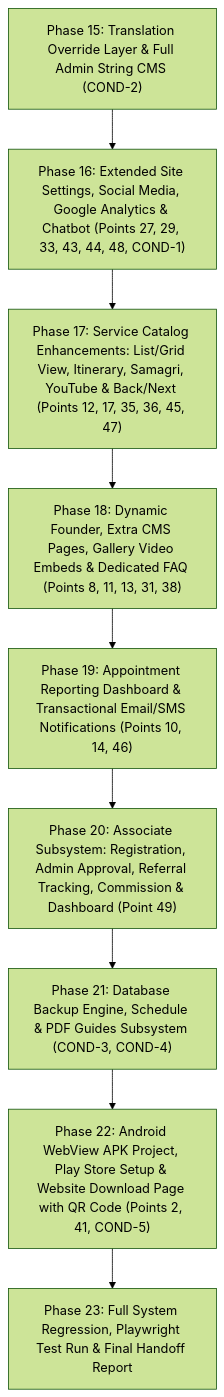
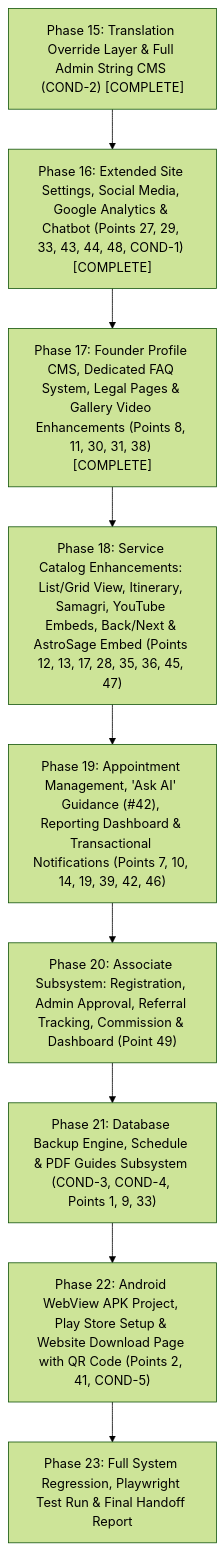
The diagram in GAP_MATRIX.md (anshumali19/Kundliw), drawn with Mermaid (forest theme) before and after one commit. The commit also changed other lines of this file and 9 other files, not shown here.

Commit message:
fix(audit): reconcile test counts to 393, de-invent founder seed data, fix GAP matrix numbers, add chatbot privacy policy and lead filters

````diff
--- a/GAP_MATRIX.md
+++ b/GAP_MATRIX.md
@@ -99,14 +99,14 @@
 ```mermaid
 flowchart TD
-    P15["Phase 15: Translation Override Layer & Full Admin String CMS (COND-2)"]
-    P16["Phase 16: Extended Site Settings, Social Media, Google Analytics & Chatbot (Points 27, 29, 33, 43, 44, 48, COND-1)"]
-    P17["Phase 17: Service Catalog Enhancements: List/Grid View, Itinerary, Samagri, YouTube & Back/Next (Points 12, 17, 35, 36, 45, 47)"]
-    P18["Phase 18: Dynamic Founder, Extra CMS Pages, Gallery Video Embeds & Dedicated FAQ (Points 8, 11, 13, 31, 38)"]
-    P19["Phase 19: Appointment Reporting Dashboard & Transactional Email/SMS Notifications (Points 10, 14, 46)"]
+    P15["Phase 15: Translation Override Layer & Full Admin String CMS (COND-2) [COMPLETE]"]
+    P16["Phase 16: Extended Site Settings, Social Media, Google Analytics & Chatbot (Points 27, 29, 33, 43, 44, 48, COND-1) [COMPLETE]"]
+    P17["Phase 17: Founder Profile CMS, Dedicated FAQ System, Legal Pages & Gallery Video Enhancements (Points 8, 11, 30, 31, 38) [COMPLETE]"]
+    P18["Phase 18: Service Catalog Enhancements: List/Grid View, Itinerary, Samagri, YouTube Embeds, Back/Next & AstroSage Embed (Points 12, 13, 17, 28, 35, 36, 45, 47)"]
+    P19["Phase 19: Appointment Management, 'Ask AI' Guidance (#42), Reporting Dashboard & Transactional Notifications (Points 7, 10, 14, 19, 39, 42, 46)"]
     P20["Phase 20: Associate Subsystem: Registration, Admin Approval, Referral Tracking, Commission & Dashboard (Point 49)"]
-    P21["Phase 21: Database Backup Engine, Schedule & PDF Guides Subsystem (COND-3, COND-4)"]
+    P21["Phase 21: Database Backup Engine, Schedule & PDF Guides Subsystem (COND-3, COND-4, Points 1, 9, 33)"]
     P22["Phase 22: Android WebView APK Project, Play Store Setup & Website Download Page with QR Code (Points 2, 41, COND-5)"]
     P23["Phase 23: Full System Regression, Playwright Test Run & Final Handoff Report"]
 
     P15 --> P16 --> P17 --> P18 --> P19 --> P20 --> P21 --> P22 --> P23
 ```
````
